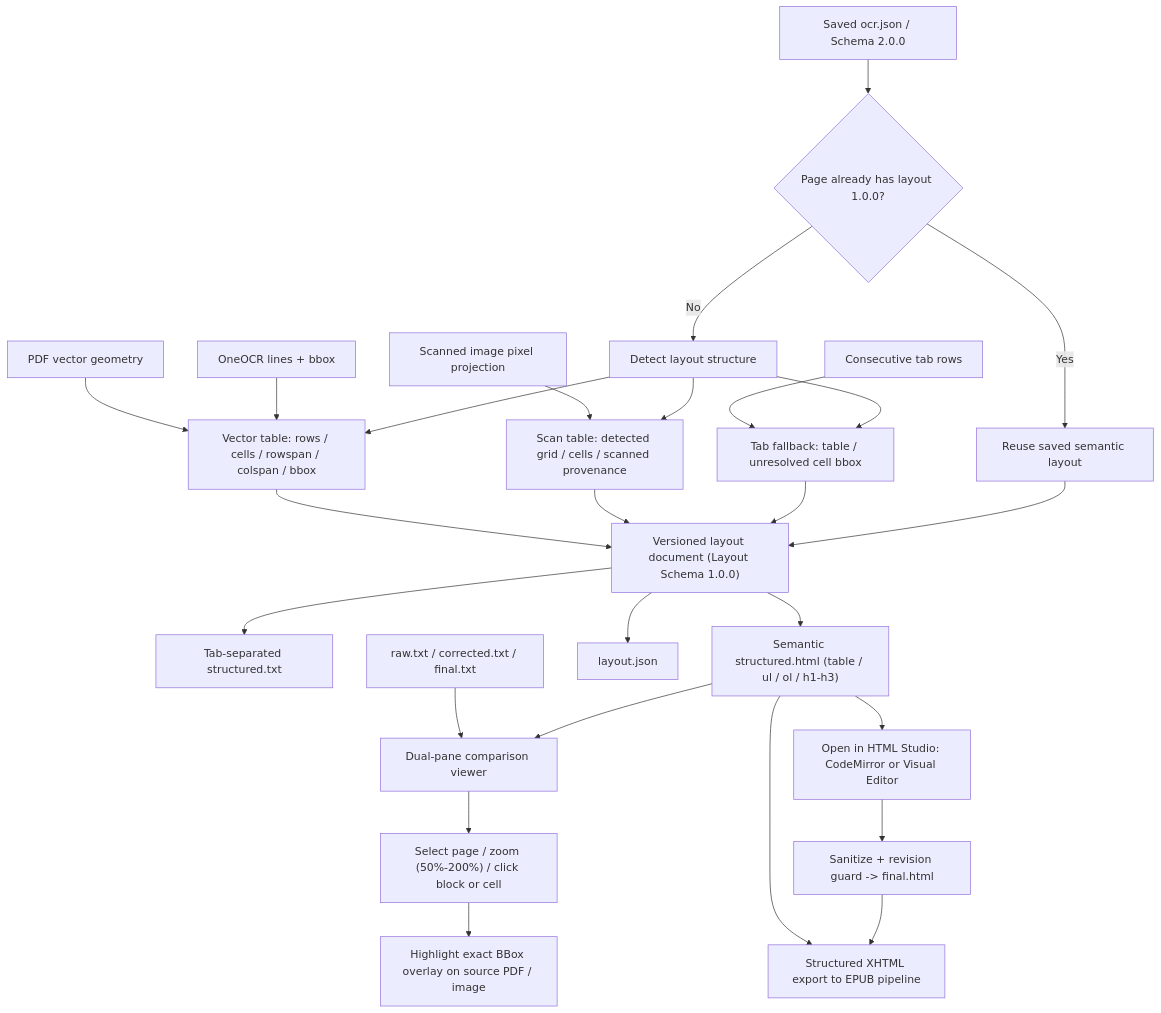
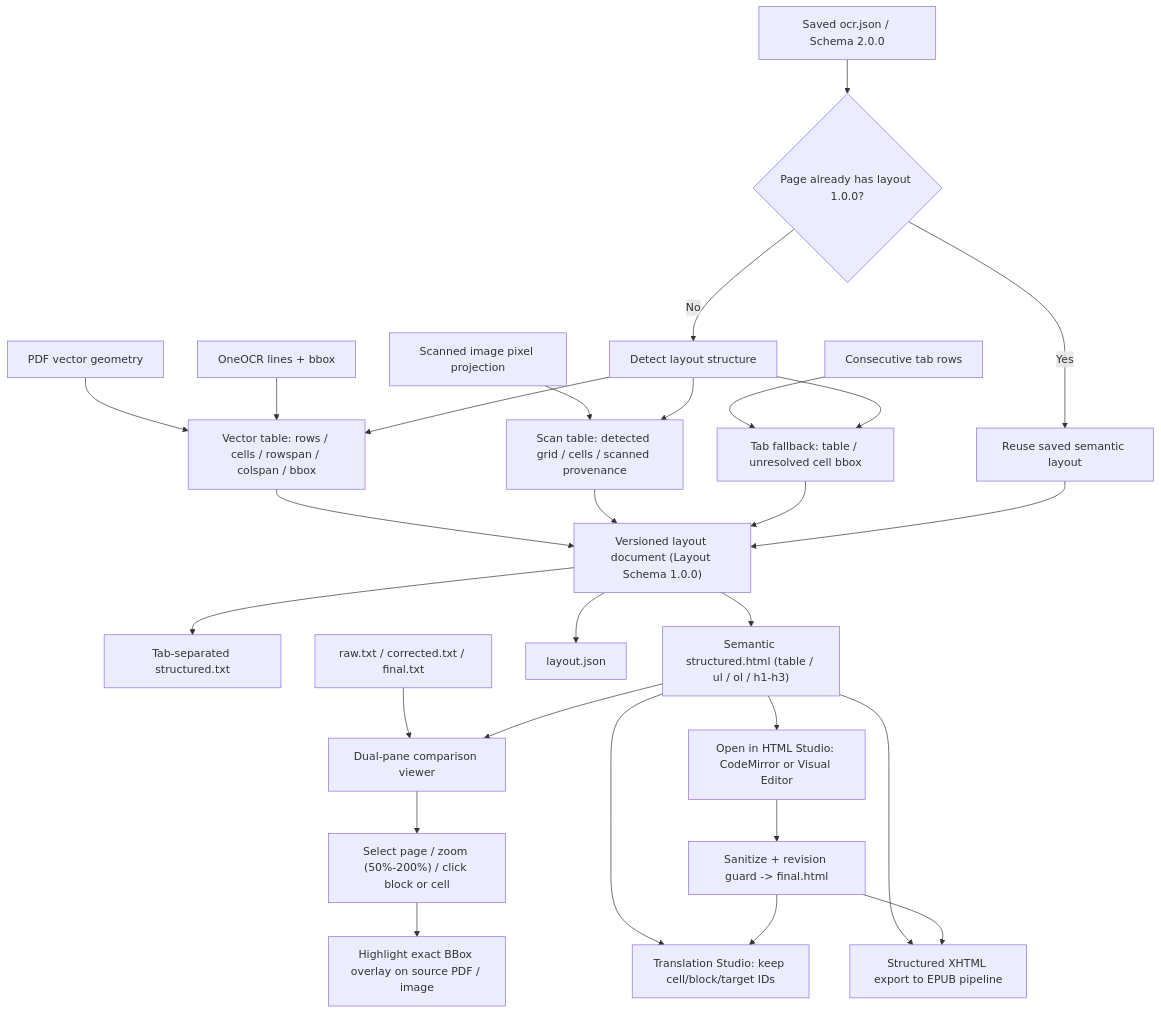
Before and after one commit to anuwatm/pdf-ocr-studio: the eighth of 10 diagrams in readme.md, drawn with Mermaid. The commit also changed other lines of this file and 62 other files, not shown here.

````diff
--- a/readme.md
+++ b/readme.md
@@ -360,28 +371,30 @@
 ```mermaid
 flowchart TD
     Artifact["Saved ocr.json / Schema 2.0.0"] --> Layout{"Page already has layout 1.0.0?"}
     Layout -->|Yes| Reuse["Reuse saved semantic layout"]
     Layout -->|No| Detect["Detect layout structure"]
     Vector["PDF vector geometry"] --> Tables["Vector table: rows / cells / rowspan / colspan / bbox"]
     OCR["OneOCR lines + bbox"] --> Tables
     Raster["Scanned image pixel projection"] --> ScanTable["Scan table: detected grid / cells / scanned provenance"]
     Tabs["Consecutive tab rows"] --> TabFallback["Tab fallback: table / unresolved cell bbox"]
     Detect --> Tables
     Detect --> ScanTable
     Detect --> TabFallback
     Tables --> Model["Versioned layout document (Layout Schema 1.0.0)"]
     ScanTable --> Model
     TabFallback --> Model
     Reuse --> Model
     Model --> Text["Tab-separated structured.txt"]
     Model --> HTML["Semantic structured.html (table / ul / ol / h1-h3)"]
     Model --> JSON["layout.json"]
     Variants["raw.txt / corrected.txt / final.txt"] --> CompareUI["Dual-pane comparison viewer"]
     HTML --> CompareUI
     CompareUI --> Interactive["Select page / zoom (50%-200%) / click block or cell"]
     Interactive --> Highlight["Highlight exact BBox overlay on source PDF / image"]
     HTML --> Studio["Open in HTML Studio: CodeMirror or Visual Editor"]
     Studio --> FinalHTML["Sanitize + revision guard -> final.html"]
+    HTML --> Translation8["Translation Studio: keep cell/block/target IDs"]
+    FinalHTML --> Translation8
     HTML --> EPUBPipe["Structured XHTML export to EPUB pipeline"]
     FinalHTML --> EPUBPipe
 ```
````
